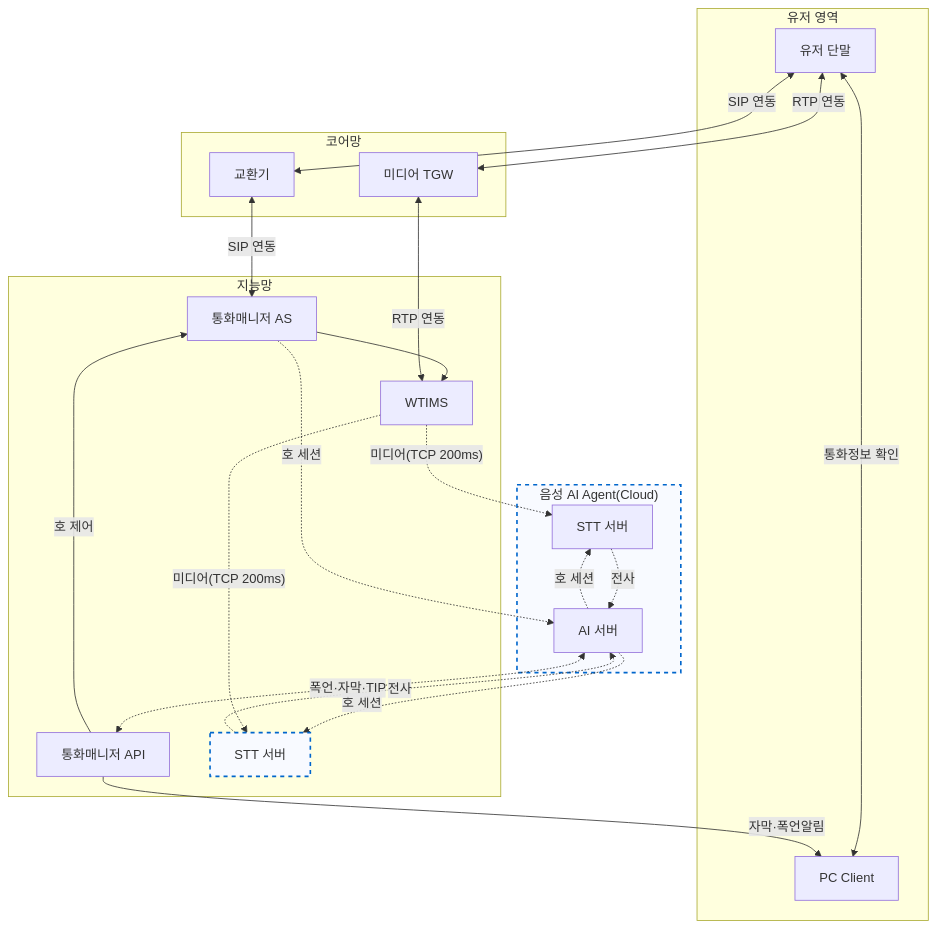
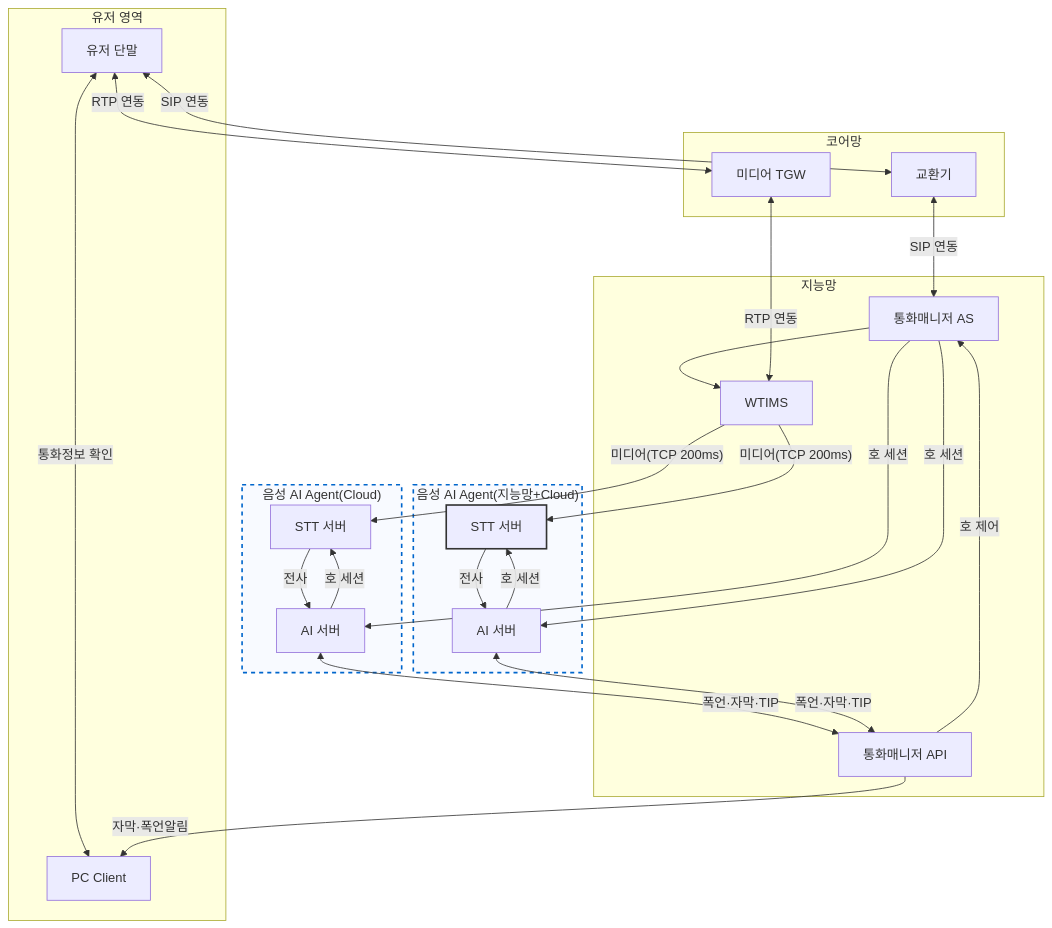
The diagram in docs/architecture/stt-agent-integration-options.md (hak023/sip_pbx), drawn with Mermaid before and after one commit.

Commit message:
docs: Change connections to solid, use solid STT box, add Hybrid Agent box

````diff
--- a/docs/architecture/stt-agent-integration-options.md
+++ b/docs/architecture/stt-agent-integration-options.md
@@ -4,50 +4,60 @@
 ```mermaid
 flowchart TB
     subgraph USER_AREA["유저 영역"]
         USER[유저 단말]
         PC[PC Client]
     end
 
     subgraph CORE_NET["코어망"]
         EX[교환기]
         TGW[미디어 TGW]
     end
 
     subgraph CORE["지능망"]
         CM[통화매니저 AS]
         WT[WTIMS]
         CM_API[통화매니저 API]
-        IN_STT[STT 서버]
-        style IN_STT fill:#f8faff,stroke:#0066cc,stroke-width:2px,stroke-dasharray: 5 5
     end
 
     subgraph NEW_STT["음성 AI Agent(Cloud)"]
         style NEW_STT fill:#f8faff,stroke:#0066cc,stroke-width:2px,stroke-dasharray: 5 5
         
         STT[STT 서버]
         RT[AI 서버]
     end
 
+    subgraph HYBRID_STT["음성 AI Agent(지능망+Cloud)"]
+        style HYBRID_STT fill:#f8faff,stroke:#0066cc,stroke-width:2px,stroke-dasharray: 5 5
+        
+        IN_STT[STT 서버]
+        RT2[AI 서버]
+    end
+
+    %% 지능망 STT 서버 실선 스타일 지정
+    style IN_STT stroke:#333,stroke-width:2px
+
     EX <-->|SIP 연동| CM
     CM --> WT
     USER <-->|SIP 연동| EX
     USER <-->|RTP 연동| TGW
     TGW <-->|RTP 연동| WT
     USER <-->|통화정보 확인| PC
 
-    %% 신규 연동 구간 (Cloud STT)
-    CM -.->|호 세션| RT
-    RT -.->|호 세션| STT
-    WT -.->|"미디어(TCP 200ms)"| STT
-    STT -.->|전사| RT
+    %% 신규 연동 구간 (Cloud STT) - 실선 변경
+    CM -->|호 세션| RT
+    RT -->|호 세션| STT
+    WT -->|"미디어(TCP 200ms)"| STT
+    STT -->|전사| RT
 
-    %% 신규 연동 구간 (지능망 내 STT)
-    RT -.->|호 세션| IN_STT
-    WT -.->|"미디어(TCP 200ms)"| IN_STT
-    IN_STT -.->|전사| RT
+    %% 신규 연동 구간 (지능망 내 STT) - 실선 변경
+    CM -->|호 세션| RT2
+    RT2 -->|호 세션| IN_STT
+    WT -->|"미디어(TCP 200ms)"| IN_STT
+    IN_STT -->|전사| RT2
 
-    %% AI Agent 연동
-    RT <-.->|폭언·자막·TIP| CM_API
+    %% AI Agent 연동 - 실선 변경
+    RT <-->|폭언·자막·TIP| CM_API
+    RT2 <-->|폭언·자막·TIP| CM_API
     CM_API -->|호 제어| CM
     CM_API -->|자막·폭언알림| PC
 ```
````
